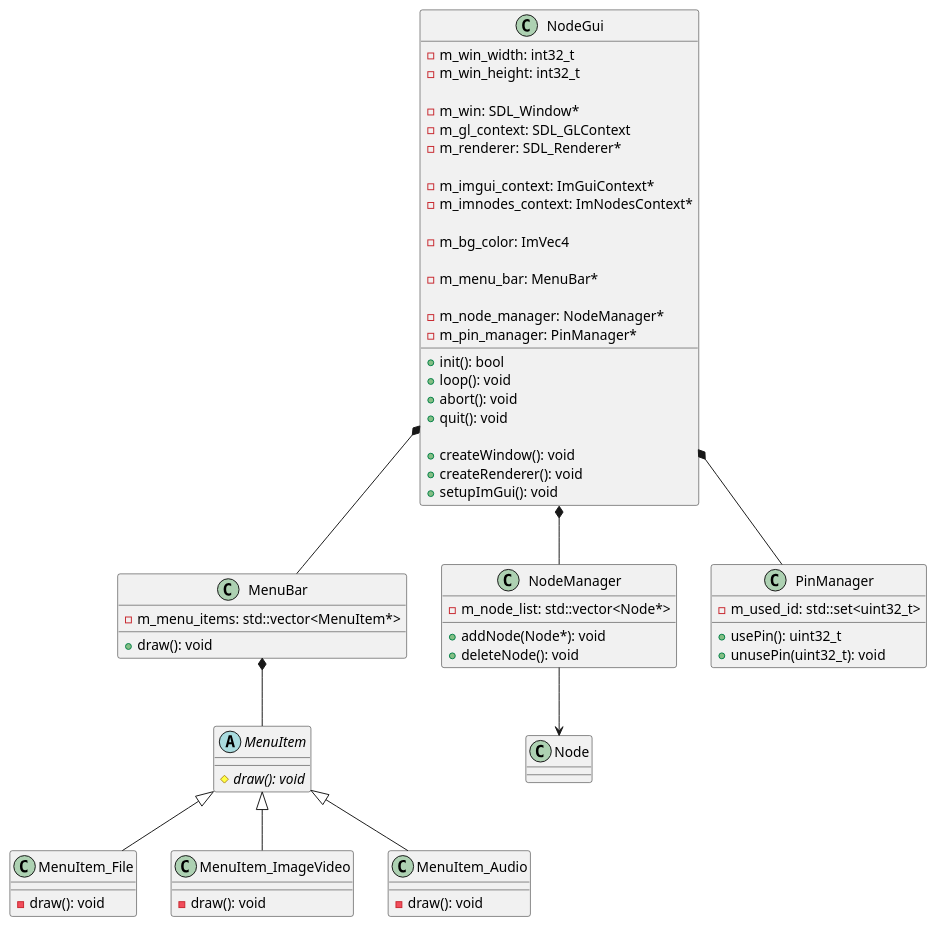
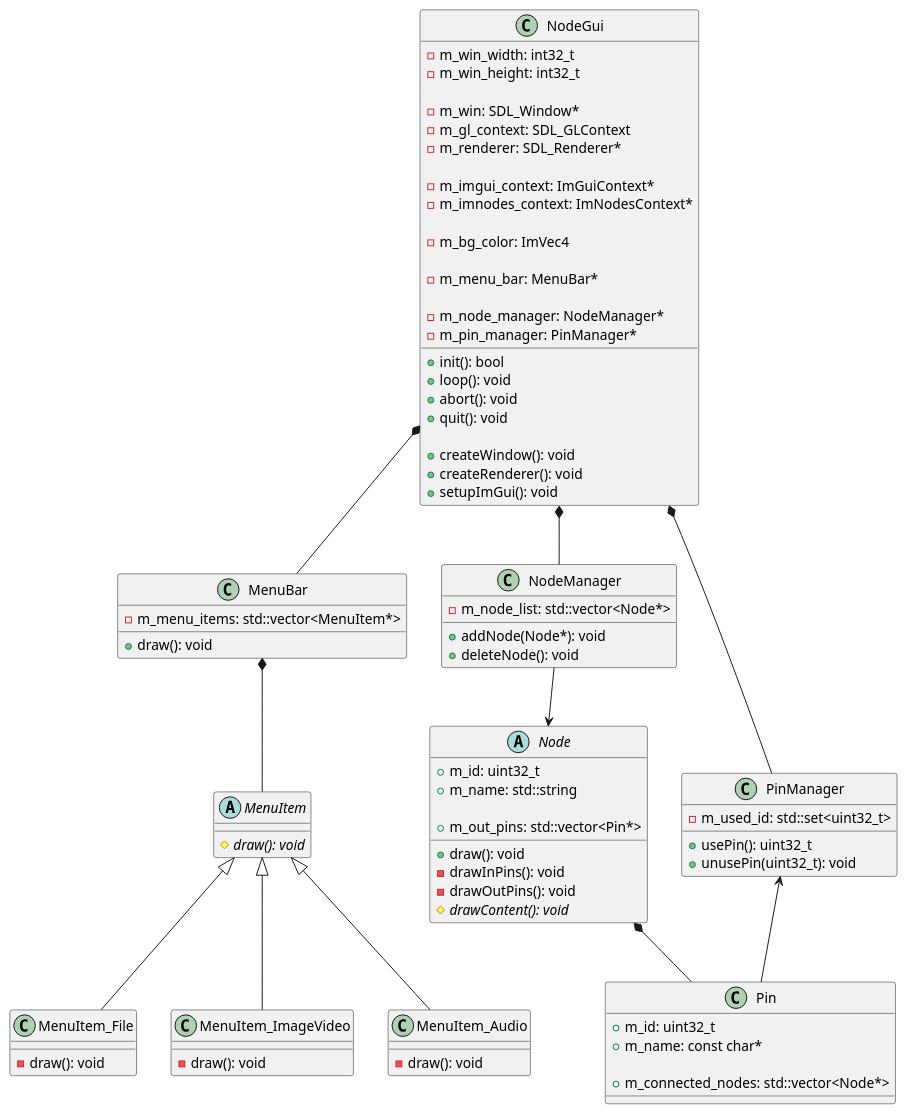
The diagram in uml/uml_impl.pu (nkue-yst/NodeProcessV2), drawn with PlantUML before and after one commit. The commit also changed 13 other files, not shown here.

```diff
--- a/uml/uml_impl.pu
+++ b/uml/uml_impl.pu
@@ -1,82 +1,100 @@
 @startuml NodeProcessing_Impl
 
 class NodeGui {
     +init(): bool
     +loop(): void
     +abort(): void
     +quit(): void
 
     +createWindow(): void
     +createRenderer(): void
     +setupImGui(): void
 
     -m_win_width: int32_t
     -m_win_height: int32_t
 
     -m_win: SDL_Window*
     -m_gl_context: SDL_GLContext
     -m_renderer: SDL_Renderer*
 
     -m_imgui_context: ImGuiContext*
     -m_imnodes_context: ImNodesContext*
 
     -m_bg_color: ImVec4
 
     -m_menu_bar: MenuBar*
 
     -m_node_manager: NodeManager*
     -m_pin_manager: PinManager*
 }
 
 class MenuBar {
     +draw(): void
 
     -m_menu_items: std::vector<MenuItem*>
 }
 
 abstract class MenuItem {
     {abstract} #draw(): void
 }
 
 class MenuItem_File {
     -draw(): void
 }
 
 class MenuItem_ImageVideo {
     -draw(): void
 }
 
 class MenuItem_Audio {
     -draw(): void
 }
 
 class NodeManager {
     +addNode(Node*): void
     +deleteNode(): void
 
     -m_node_list: std::vector<Node*>
 }
 
-class Node {
+abstract class Node {
+    +draw(): void
+    -drawInPins(): void
+    -drawOutPins(): void
+    {abstract} #drawContent(): void
 
+    +m_id: uint32_t
+    +m_name: std::string
+    
+    +m_out_pins: std::vector<Pin*>
 }
 
 class PinManager {
     +usePin(): uint32_t
     +unusePin(uint32_t): void
 
     -m_used_id: std::set<uint32_t>
+}
+
+class Pin {
+    +m_id: uint32_t
+    +m_name: const char*
+
+    +m_connected_nodes: std::vector<Node*>
 }
 
 NodeGui *-- NodeManager
 NodeGui *-- PinManager
 NodeGui *-- MenuBar
 
 MenuBar *-- MenuItem
 MenuItem <|-- MenuItem_File
 MenuItem <|-- MenuItem_ImageVideo
 MenuItem <|-- MenuItem_Audio
 
+Node *-- Pin
+
 NodeManager --> Node
+PinManager <-- Pin
 
 @enduml
```
